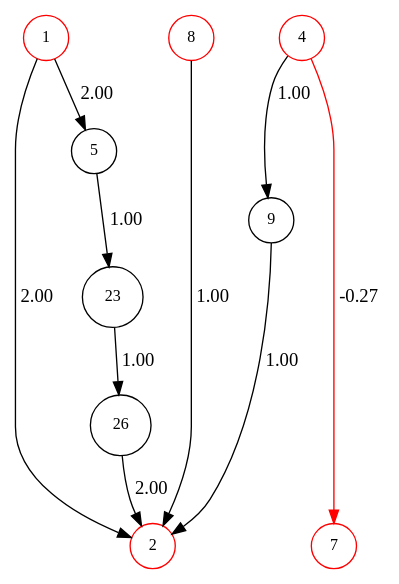
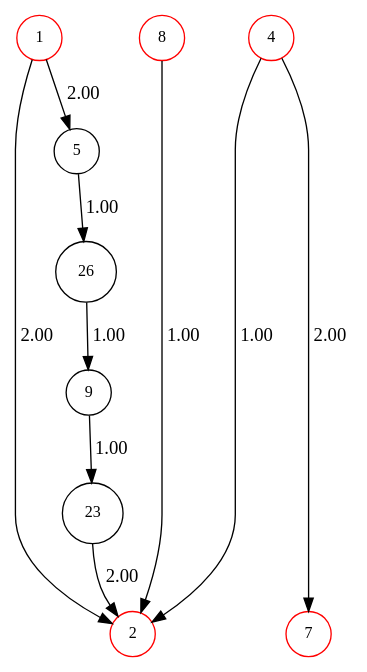
One commit to uzgit/neat changed the diagram in Digraph.gv. Above: the diagram before and after it, drawn with Graphviz. The commit also changed 2 other files, not shown here.

```diff
--- a/Digraph.gv
+++ b/Digraph.gv
@@ -1,28 +1,28 @@
 digraph {
 	1 -> 2 [color=black label=2.00 style=solid]
 	1 -> 5 [color=black label=2.00 style=solid]
-	4 -> 7 [color=red label=-0.27 style=solid]
-	4 -> 9 [color=black label=1.00 style=solid]
+	4 -> 2 [color=black label=1.00 style=solid]
+	4 -> 7 [color=black label=2.00 style=solid]
 	8 -> 2 [color=black label=1.00 style=solid]
-	5 -> 23 [color=black label=1.00 style=solid]
-	9 -> 2 [color=black label=1.00 style=solid]
-	23 -> 26 [color=black label=1.00 style=solid]
-	26 -> 2 [color=black label=2.00 style=solid]
+	5 -> 26 [color=black label=1.00 style=solid]
+	26 -> 9 [color=black label=1.00 style=solid]
+	9 -> 23 [color=black label=1.00 style=solid]
+	23 -> 2 [color=black label=2.00 style=solid]
 	subgraph "input nodes" {
 		graph [rank=min]
 		1 [color=red fontsize=12 height=0.2 shape=circle width=0.2]
 		4 [color=red fontsize=12 height=0.2 shape=circle width=0.2]
 		8 [color=red fontsize=12 height=0.2 shape=circle width=0.2]
 	}
 	subgraph "hidden nodes" {
 		5 [fontsize=12 height=0.2 shape=circle width=0.2]
 		9 [fontsize=12 height=0.2 shape=circle width=0.2]
 		23 [fontsize=12 height=0.2 shape=circle width=0.2]
 		26 [fontsize=12 height=0.2 shape=circle width=0.2]
 	}
 	subgraph "output nodes" {
 		graph [rank=max]
 		2 [color=red fontsize=12 height=0.2 shape=circle width=0.2]
 		7 [color=red fontsize=12 height=0.2 shape=circle width=0.2]
 	}
 }
```
